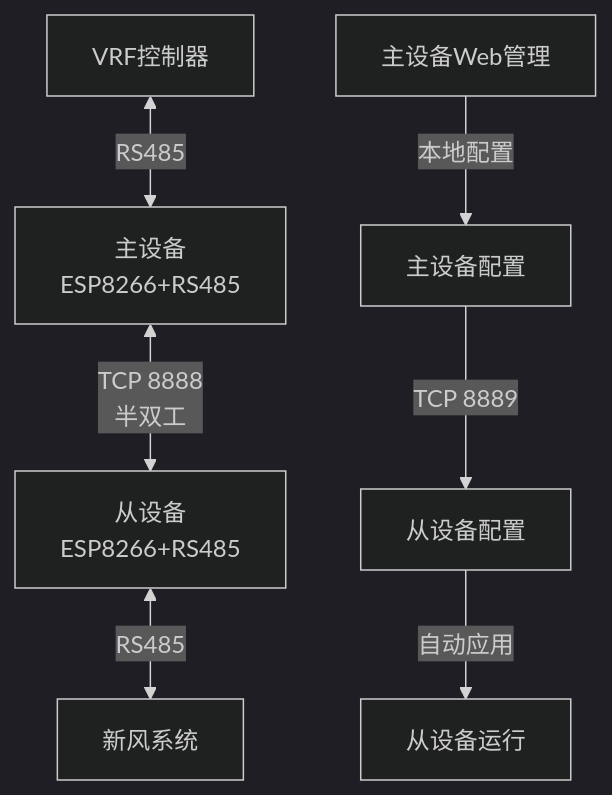
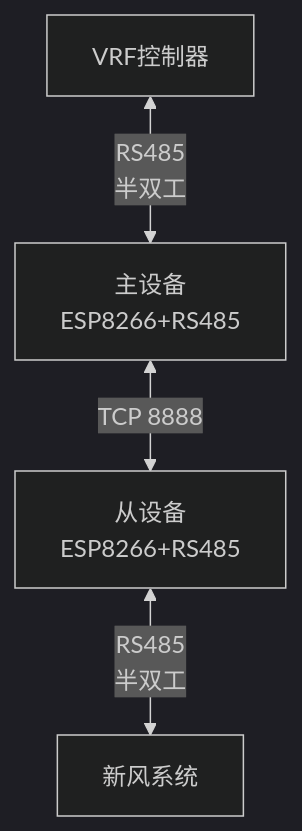
Before and after one commit to davidhoo/WiFly485: the second of 4 diagrams in requirements.md, drawn with Mermaid (dark theme). The commit also changed other lines of this file and 1 other file, not shown here.

````diff
--- a/requirements.md
+++ b/requirements.md
@@ -143,10 +121,6 @@
 ```mermaid
 graph TD
-    A[VRF控制器] <-->|RS485| B[主设备<br>ESP8266+RS485]
-    C[从设备<br>ESP8266+RS485] <-->|RS485| D[新风系统]
-    B <-->|TCP 8888<br>半双工| C
-    
-    E[主设备Web管理] -->|本地配置| F[主设备配置]
-    F -->|TCP 8889| G[从设备配置]
-    G -->|自动应用| H[从设备运行]
+    A[VRF控制器] <-->|RS485<br>半双工| B[主设备<br>ESP8266+RS485]
+    C[从设备<br>ESP8266+RS485] <-->|RS485<br>半双工| D[新风系统]
+    B <-->|TCP 8888| C
 ```
````
